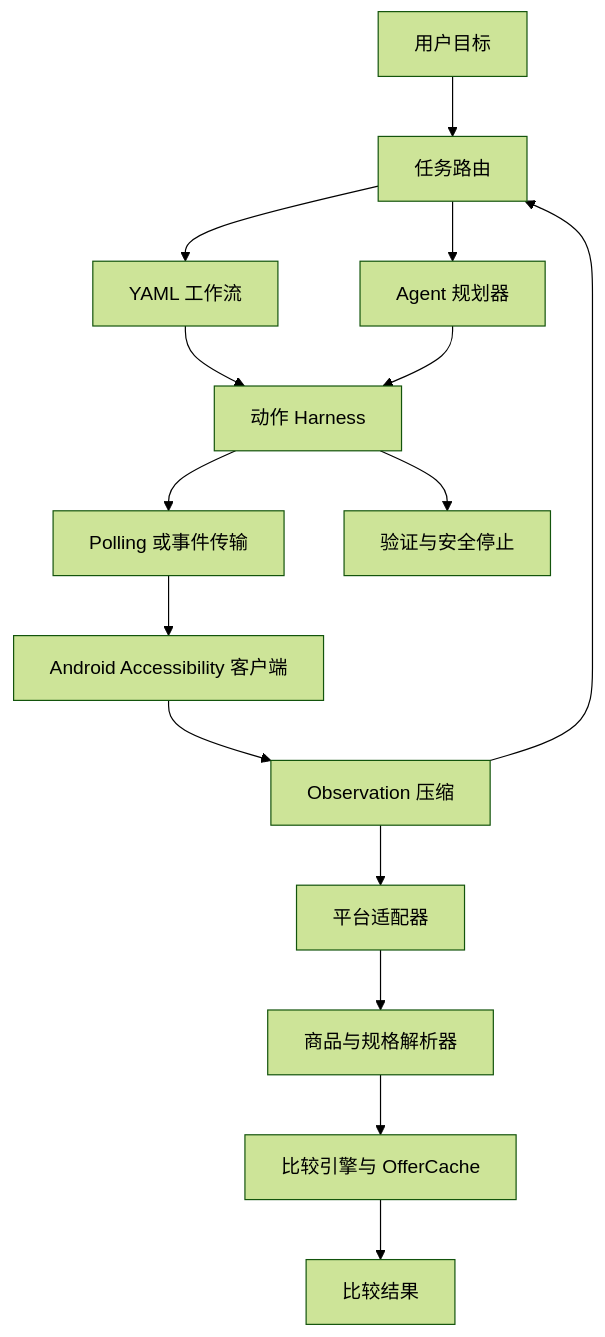
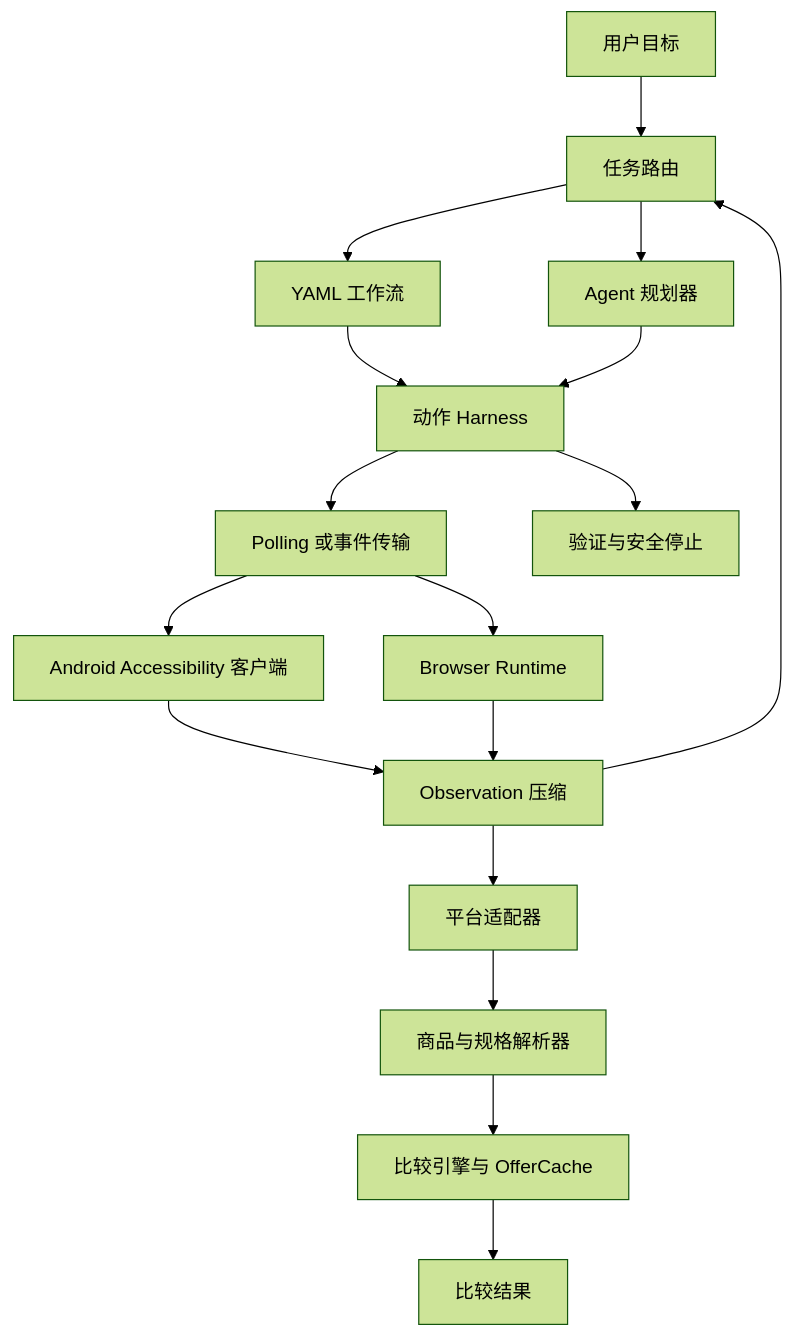
The diagram in README.md (UFUN0220/priceSight), drawn with Mermaid (forest theme) before and after one commit. The commit also changed other lines of this file and 53 other files, not shown here.

````diff
--- a/README.md
+++ b/README.md
@@ -19,17 +19,19 @@
 ```mermaid
 flowchart TD
     A[用户目标] --> B[任务路由]
     B --> C[YAML 工作流]
     B --> D[Agent 规划器]
     C --> E[动作 Harness]
     D --> E
     E --> F[Polling 或事件传输]
     F --> G[Android Accessibility 客户端]
     G --> H[Observation 压缩]
+    F --> N[Browser Runtime]
+    N --> H
     H --> B
     E --> I[验证与安全停止]
     H --> J[平台适配器]
     J --> K[商品与规格解析器]
     K --> L[比较引擎与 OfferCache]
     L --> M[比较结果]
 ```
````
